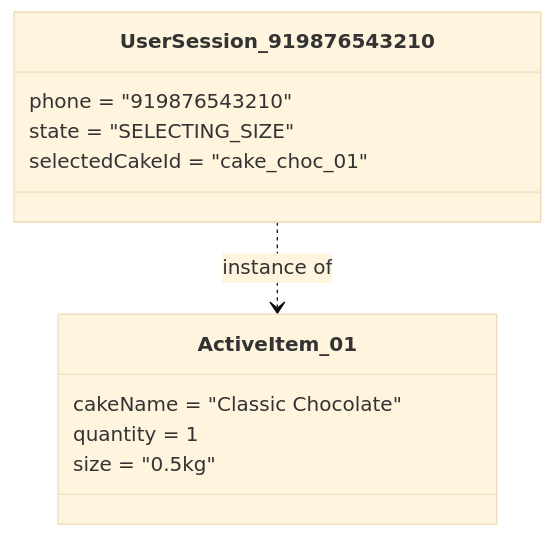
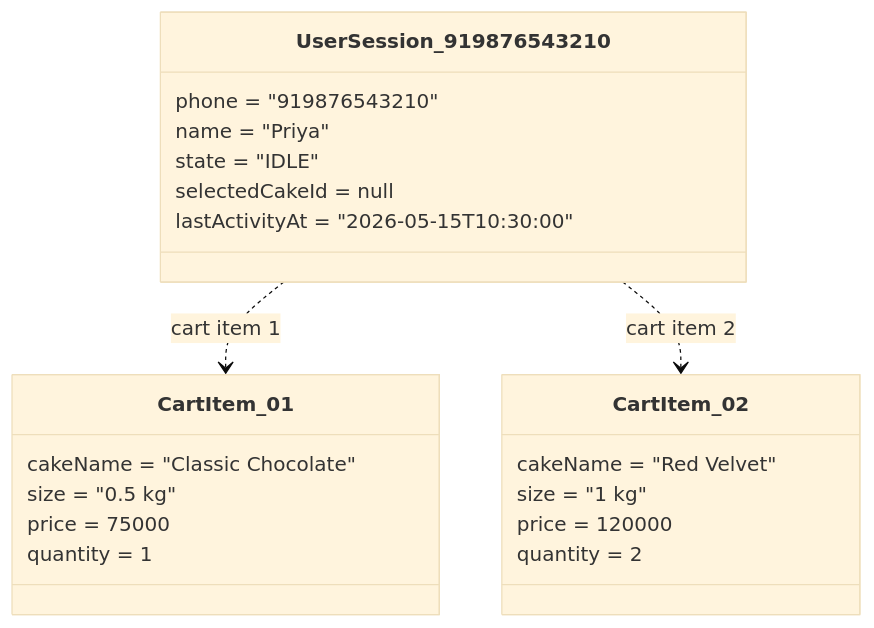
Before and after one commit to SoumyaAmminabhavi/Sonnas: the second of 10 diagrams in docs/whatsapp-bot/uml-comprehensive.md, drawn with Mermaid (base theme). The commit also changed other lines of this file and 3 other files, not shown here.

````diff
--- a/docs/whatsapp-bot/uml-comprehensive.md
+++ b/docs/whatsapp-bot/uml-comprehensive.md
@@ -55,14 +121,24 @@
 ```mermaid
 classDiagram
     class UserSession_919876543210 {
         phone = "919876543210"
-        state = "SELECTING_SIZE"
-        selectedCakeId = "cake_choc_01"
+        name = "Priya"
+        state = "IDLE"
+        selectedCakeId = null
+        lastActivityAt = "2026-05-15T10:30:00"
     }
-    class ActiveItem_01 {
+    class CartItem_01 {
         cakeName = "Classic Chocolate"
+        size = "0.5 kg"
+        price = 75000
         quantity = 1
-        size = "0.5kg"
     }
-    UserSession_919876543210 ..> ActiveItem_01 : instance of
+    class CartItem_02 {
+        cakeName = "Red Velvet"
+        size = "1 kg"
+        price = 120000
+        quantity = 2
+    }
+    UserSession_919876543210 ..> CartItem_01 : cart item 1
+    UserSession_919876543210 ..> CartItem_02 : cart item 2
 ```
````
